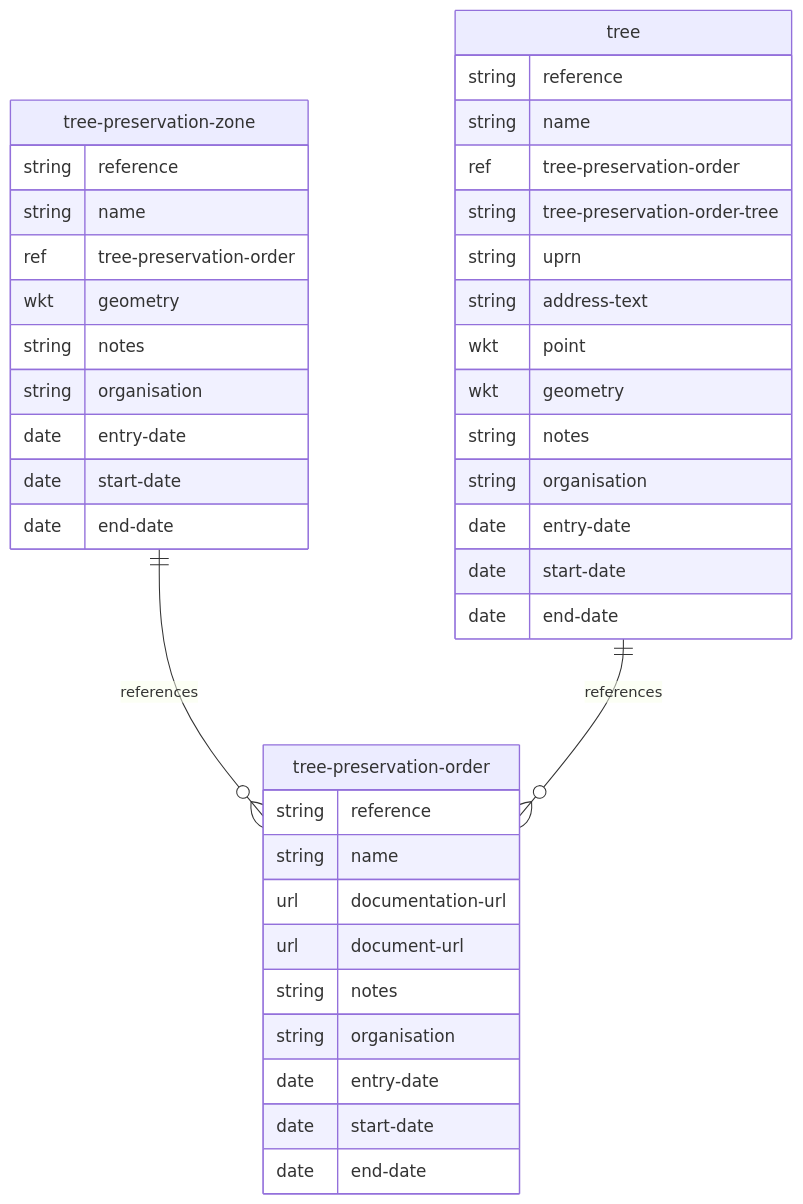
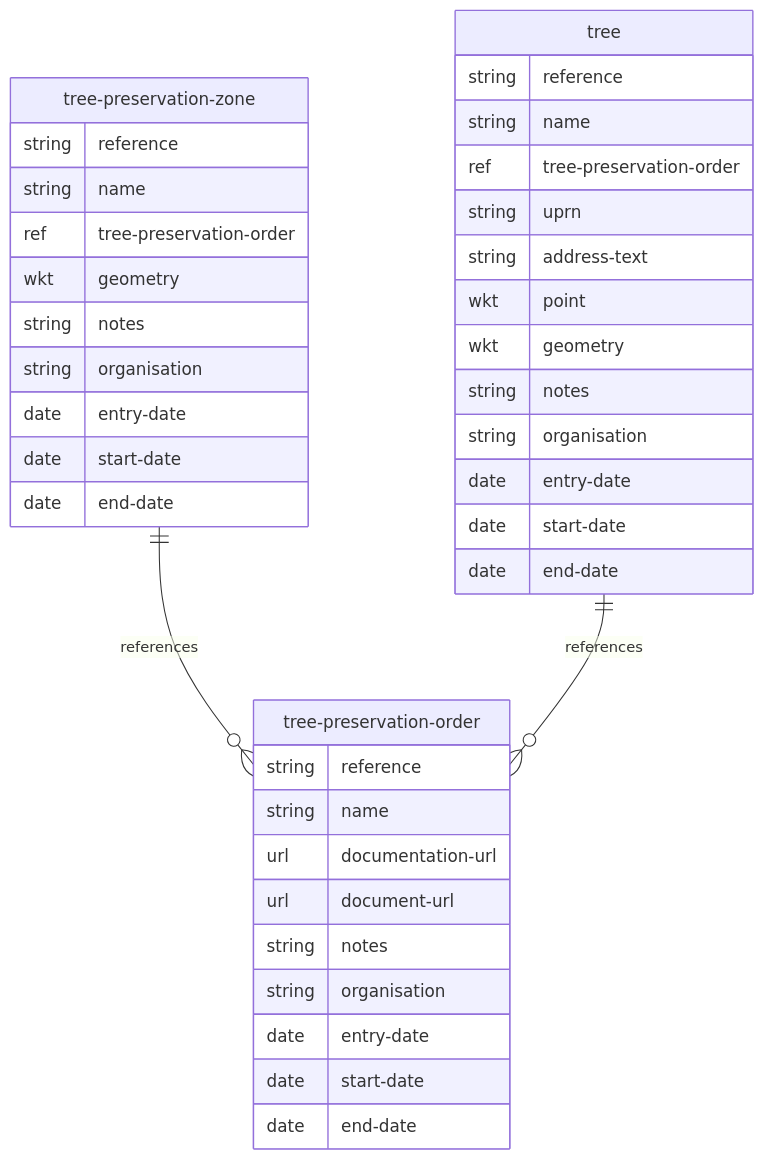
One commit to digital-land/specification changed the diagram in mermaid/tree-preservation-order.md. Above: the diagram before and after it, drawn with Mermaid. The commit also changed 10 other files, not shown here.

````diff
--- a/mermaid/tree-preservation-order.md
+++ b/mermaid/tree-preservation-order.md
@@ -4,42 +4,41 @@
 ```mermaid
 erDiagram
     tree-preservation-order {
         string reference
         string name
         url documentation-url
         url document-url
         string notes
         string organisation
         date entry-date
         date start-date
         date end-date
     }
     tree-preservation-zone {
         string reference
         string name
         ref tree-preservation-order
         wkt geometry
         string notes
         string organisation
         date entry-date
         date start-date
         date end-date
     }
     tree {
         string reference
         string name
         ref tree-preservation-order
-        string tree-preservation-order-tree
         string uprn
         string address-text
         wkt point
         wkt geometry
         string notes
         string organisation
         date entry-date
         date start-date
         date end-date
     }
     tree-preservation-zone ||--o{ tree-preservation-order : references
     tree ||--o{ tree-preservation-order : references
 ```
````
